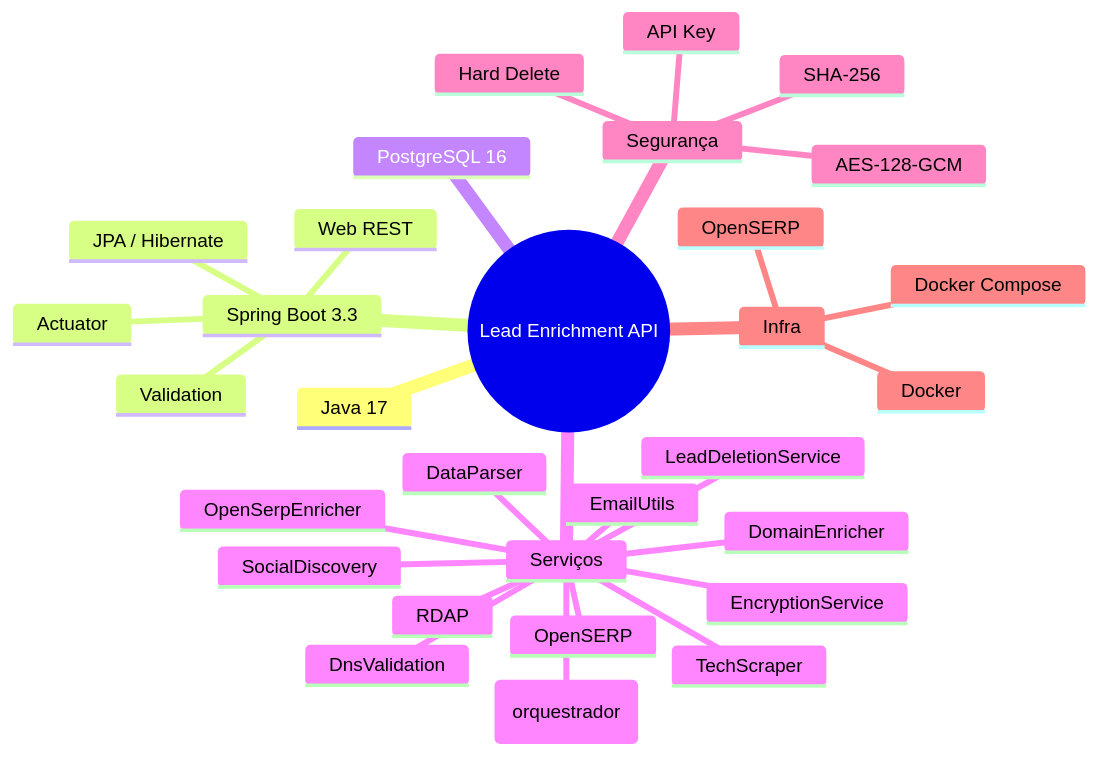
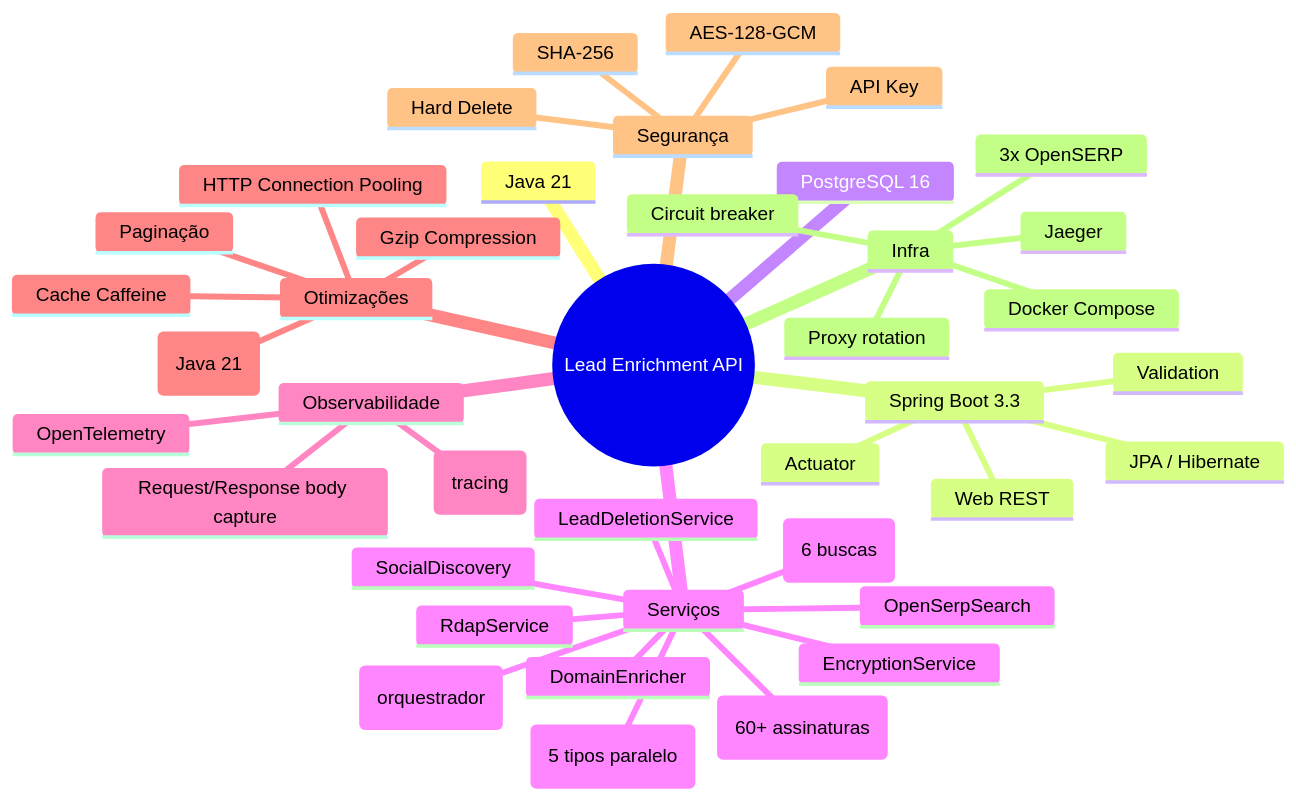
Before and after one commit to pdrodavi/lead-enrichment-api: the diagram in README.md, drawn with Mermaid. The commit also changed other lines of this file and 5 other files, not shown here.

````diff
--- a/README.md
+++ b/README.md
@@ -85,33 +92,43 @@
 ```mermaid
 mindmap
   root((Lead Enrichment API))
-    Java 17
+    Java 21
     Spring Boot 3.3
       Web REST
       JPA / Hibernate
       Actuator
       Validation
     PostgreSQL 16
     Serviços
       LeadService (orquestrador)
-      OpenSerpEnricher
+      OpenSerpEnricher (6 buscas)
       DomainEnricher
       LeadDeletionService
+      DnsValidation (5 tipos paralelo)
+      TechScraper (60+ assinaturas)
+      SocialDiscovery
+      RdapService
+      OpenSerpSearch
       EncryptionService
-      DnsValidation
-      TechScraper
-      SocialDiscovery
-      RDAP
-      OpenSERP
-      DataParser
-      EmailUtils
+    Observabilidade
+      OpenTelemetry
+      Jaeger (tracing)
+      Request/Response body capture
+    Otimizações
+      Cache Caffeine
+      HTTP Connection Pooling
+      Virtual Threads (Java 21)
+      Gzip Compression
+      Paginação
     Segurança
       AES-128-GCM
       SHA-256
       API Key
       Hard Delete
     Infra
-      Docker
       Docker Compose
-      OpenSERP
+      Jaeger
+      3x OpenSERP
+      Proxy rotation
+      Circuit breaker
 ```
````
